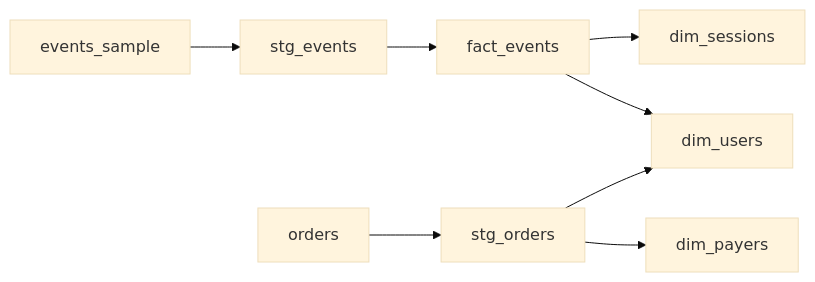
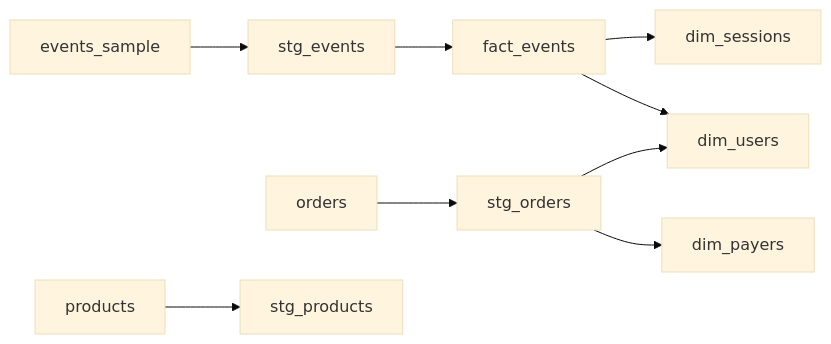
Before and after one commit to NofarBaron/ecommerce-data-project: the diagram in architecture_lineage.mmd, drawn with Mermaid (base theme). The commit also changed 11 other files, not shown here.

```diff
--- a/architecture_lineage.mmd
+++ b/architecture_lineage.mmd
@@ -1,12 +1,14 @@
 flowchart LR
 
     events_sample[events_sample] --> stg_events[stg_events]
     stg_events --> fact_events[fact_events]
 
     orders[orders] --> stg_orders[stg_orders]
     
     fact_events --> dim_sessions[dim_sessions]
     fact_events --> dim_users[dim_users]
     stg_orders --> dim_users
 
     stg_orders --> dim_payers[dim_payers]
+
+    products[products] --> stg_products[stg_products]
```
